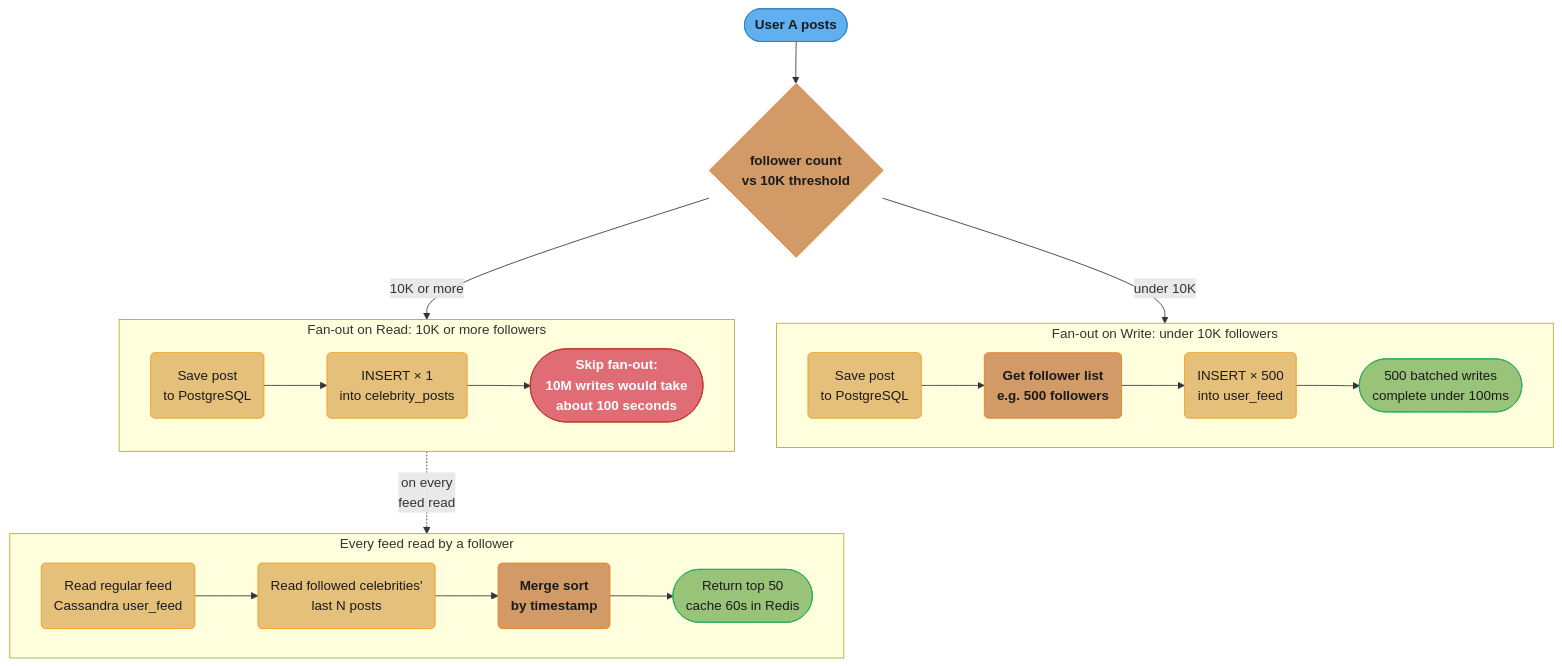
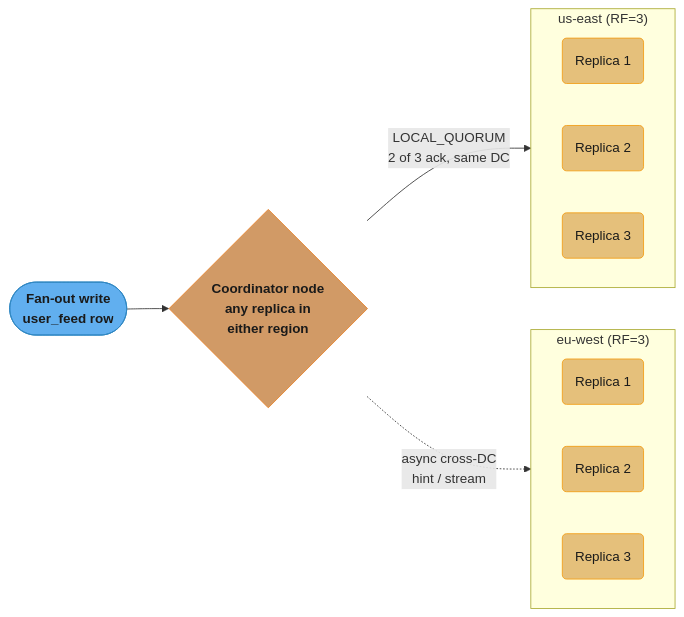
The second of 5 diagrams in src/main/java/com/rutik/systemdesign/database/case_studies/design_social_media_feed_storage/design_social_media_feed_storage.md (rppol/system-design), drawn with Mermaid before and after one commit. The commit also changed other lines of this file and 466 other files, not shown here.

````diff
--- a/src/main/java/com/rutik/systemdesign/database/case_studies/design_social_media_feed_storage/design_social_media_feed_storage.md
+++ b/src/main/java/com/rutik/systemdesign/database/case_studies/design_social_media_feed_storage/design_social_media_feed_storage.md
@@ -166,37 +234,26 @@
 ```mermaid
-flowchart TD
+flowchart LR
     classDef io      fill:#61afef,stroke:#2e86c1,color:#1a1a1a,font-weight:bold
-    classDef frozen  fill:#c678dd,stroke:#9b59b6,color:#fff
-    classDef train   fill:#98c379,stroke:#27ae60,color:#1a1a1a
     classDef mathOp  fill:#d19a66,stroke:#e67e22,color:#1a1a1a,font-weight:bold
-    classDef lossN   fill:#e06c75,stroke:#c0392b,color:#fff,font-weight:bold
+    classDef base    fill:#e5c07b,stroke:#f39c12,color:#1a1a1a
     classDef req     fill:#56b6c2,stroke:#0097a7,color:#1a1a1a
-    classDef base    fill:#e5c07b,stroke:#f39c12,color:#1a1a1a
 
-    postEvent(["User A posts"]) --> threshold{"follower count<br/>vs 10K threshold"}
+    w(["Fan-out write<br/>user_feed row"]) --> coord{"Coordinator node<br/>any replica in<br/>either region"}
+    subgraph useast["us-east (RF=3)"]
+        direction LR
+        ue1("Replica 1"):::base
+        ue2("Replica 2"):::base
+        ue3("Replica 3"):::base
+    end
+    subgraph euwest["eu-west (RF=3)"]
+        direction LR
+        ew1("Replica 1"):::base
+        ew2("Replica 2"):::base
+        ew3("Replica 3"):::base
+    end
+    coord -->|"LOCAL_QUORUM<br/>2 of 3 ack, same DC"| useast
+    coord -.->|"async cross-DC<br/>hint / stream"| euwest
 
-    subgraph writePath["Fan-out on Write: under 10K followers"]
-        direction LR
-        w1("Save post<br/>to PostgreSQL") --> w2("Get follower list<br/>e.g. 500 followers") --> w3("INSERT × 500<br/>into user_feed") --> w4(["500 batched writes<br/>complete under 100ms"])
-    end
-
-    subgraph readPath["Fan-out on Read: 10K or more followers"]
-        direction LR
-        r1("Save post<br/>to PostgreSQL") --> r2("INSERT × 1<br/>into celebrity_posts") --> r3(["Skip fan-out:<br/>10M writes would take<br/>about 100 seconds"])
-    end
-
-    subgraph readTime["Every feed read by a follower"]
-        direction LR
-        f1("Read regular feed<br/>Cassandra user_feed") --> f2("Read followed celebrities'<br/>last N posts") --> f3("Merge sort<br/>by timestamp") --> f4(["Return top 50<br/>cache 60s in Redis"])
-    end
-
-    threshold -->|"under 10K"| writePath
-    threshold -->|"10K or more"| readPath
-    readPath -.->|"on every<br/>feed read"| readTime
-
-    class postEvent io
-    class threshold,w2,f3 mathOp
-    class w1,w3,r1,r2,f1,f2 base
-    class w4,f4 train
-    class r3 lossN
+    class w io
+    class coord mathOp
 ```
````
